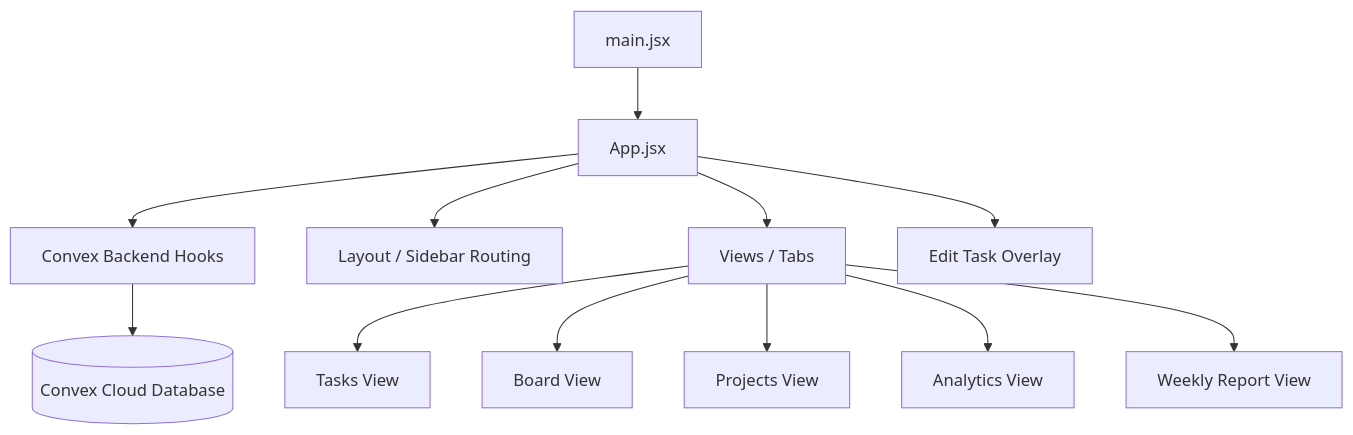
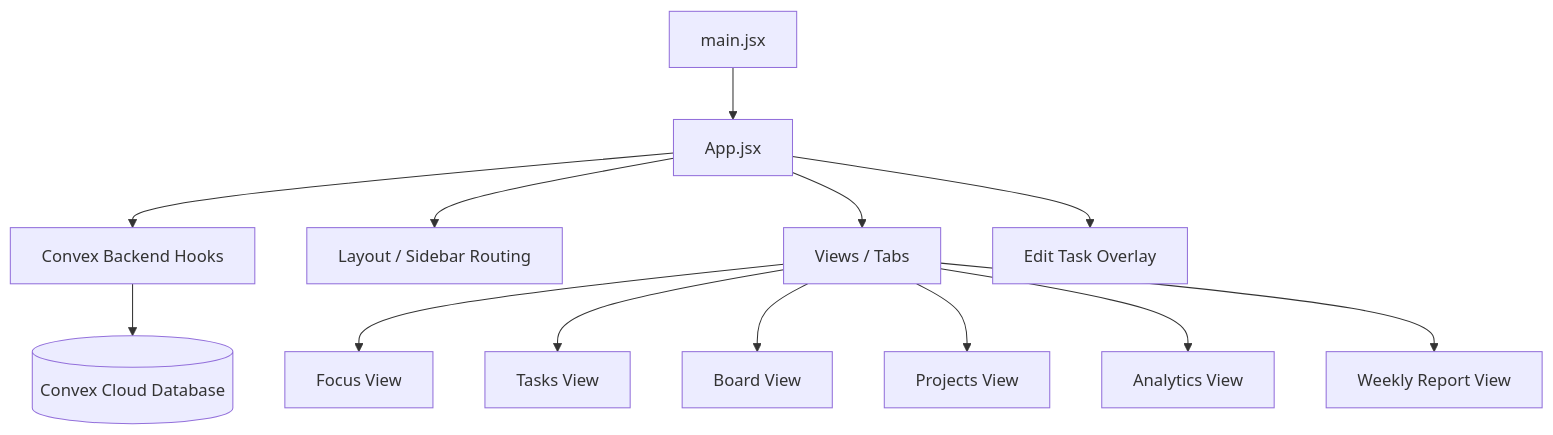
The diagram in ARCHITECTURE.md (dcimring/task-manager), drawn with Mermaid before and after one commit. The commit also changed other lines of this file and 2 other files, not shown here.

Commit message:
feat: implement Focus view showing overdue, upcoming, and suggested tasks

````diff
--- a/ARCHITECTURE.md
+++ b/ARCHITECTURE.md
@@ -23,14 +23,15 @@
 ```mermaid
 graph TD
     A[main.jsx] --> B[App.jsx]
     B --> C[Convex Backend Hooks]
     B --> D[Layout / Sidebar Routing]
     B --> E[Views / Tabs]
-    E --> F[Tasks View]
-    E --> G[Board View]
-    E --> H[Projects View]
-    E --> I[Analytics View]
-    E --> J[Weekly Report View]
-    B --> K[Edit Task Overlay]
-    C --> L[(Convex Cloud Database)]
+    E --> F[Focus View]
+    E --> G[Tasks View]
+    E --> H[Board View]
+    E --> I[Projects View]
+    E --> J[Analytics View]
+    E --> K[Weekly Report View]
+    B --> L[Edit Task Overlay]
+    C --> M[(Convex Cloud Database)]
 ```
````
